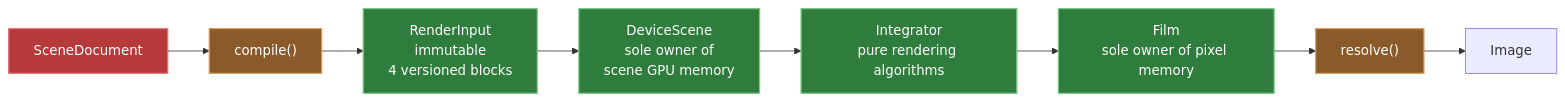
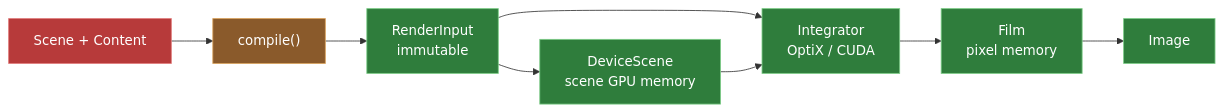
One commit to nicolasgfx/Portfolio changed the third of 4 diagrams in README.md. Above: the diagram before and after it, drawn with Mermaid. The commit also changed other lines of this file, not shown here.

````diff
--- a/README.md
+++ b/README.md
@@ -514,21 +299,23 @@
 ```mermaid
 flowchart LR
-    Document["SceneDocument"]
+    Scene["Scene + Content"]
     Compile["compile()"]
-    RenderInput["RenderInput<br/>immutable<br/>4 versioned blocks"]
-    DeviceScene["DeviceScene<br/>sole owner of<br/>scene GPU memory"]
-    Integrator["Integrator<br/>pure rendering algorithms"]
-    Film["Film<br/>sole owner of pixel memory"]
-    Resolve["resolve()"]
+    Input["RenderInput<br/>immutable"]
+    Device["DeviceScene<br/>scene GPU memory"]
+    Integrator["Integrator<br/>OptiX / CUDA"]
+    Film["Film<br/>pixel memory"]
     Image["Image"]
 
-    Document --> Compile --> RenderInput --> DeviceScene
-    DeviceScene --> Integrator --> Film --> Resolve --> Image
+    Scene --> Compile --> Input
+    Input --> Device
+    Input --> Integrator
+    Device --> Integrator
+    Integrator --> Film --> Image
 
-    classDef truth fill:#b73a3a,stroke:#e07a7a,stroke-width:1.5px,color:#fff
-    classDef bridge fill:#8a5a2b,stroke:#d8a05a,stroke-width:1.5px,color:#fff
-    classDef gpu fill:#2f7d3c,stroke:#7acb85,stroke-width:1.5px,color:#fff
-    class Document truth
-    class Compile,Resolve bridge
-    class RenderInput,DeviceScene,Integrator,Film gpu
+    classDef truth fill:#b73a3a,stroke:#e07a7a,color:#fff
+    classDef bridge fill:#8a5a2b,stroke:#d8a05a,color:#fff
+    classDef gpu fill:#2f7d3c,stroke:#7acb85,color:#fff
+    class Scene truth
+    class Compile bridge
+    class Input,Device,Integrator,Film,Image gpu
 ```
````
